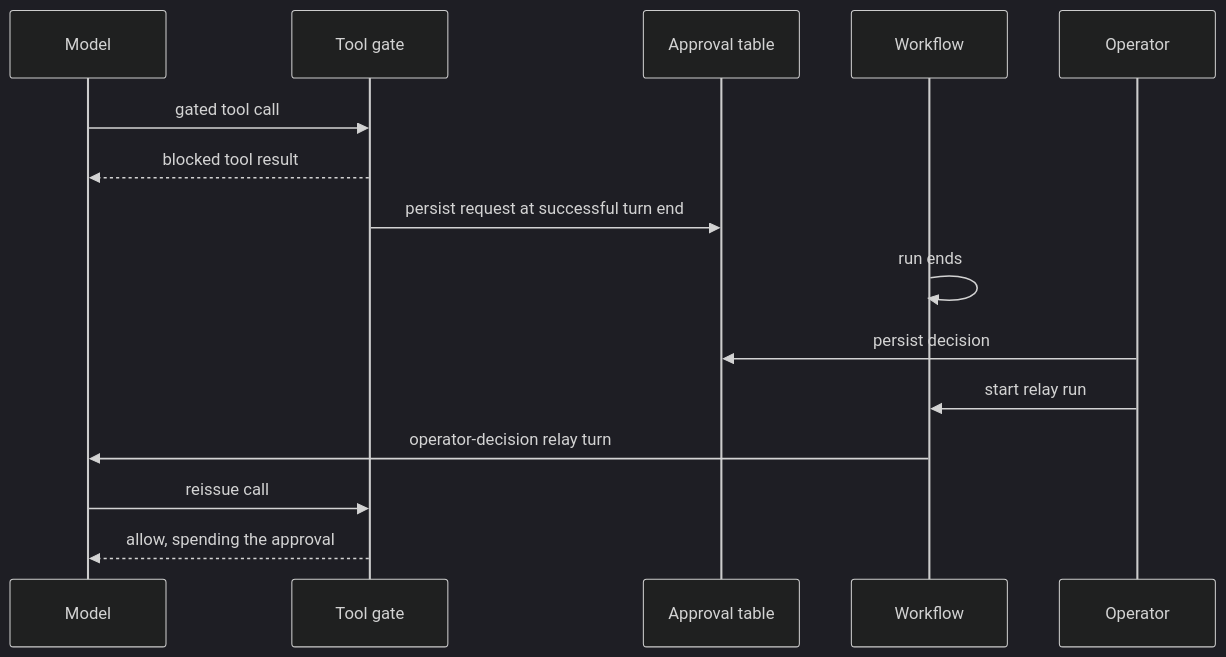
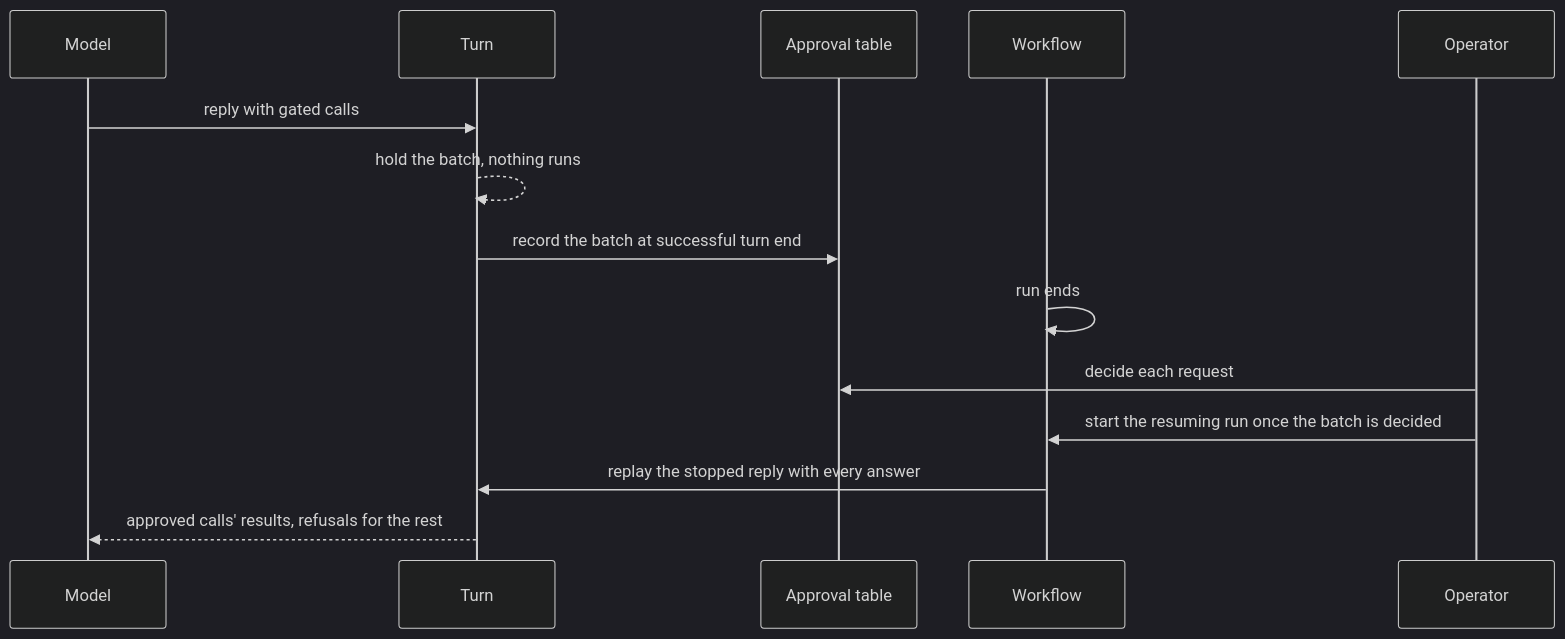
One commit to Chia1104/chia1104.dev changed the third of 3 diagrams in docs/agent-architecture.md. Above: the diagram before and after it, drawn with Mermaid (dark theme). The commit also changed other lines of this file and 43 other files, not shown here.

````diff
--- a/docs/agent-architecture.md
+++ b/docs/agent-architecture.md
@@ -191,18 +191,17 @@
 ```mermaid
 sequenceDiagram
     participant M as Model
-    participant G as Tool gate
+    participant T as Turn
     participant DB as Approval table
     participant WF as Workflow
     participant U as Operator
 
-    M->>G: gated tool call
-    G-->>M: blocked tool result
-    G->>DB: persist request at successful turn end
+    M->>T: reply with gated calls
+    T-->>T: hold the batch, nothing runs
+    T->>DB: record the batch at successful turn end
     WF->>WF: run ends
-    U->>DB: persist decision
-    U->>WF: start relay run
-    WF->>M: operator-decision relay turn
-    M->>G: reissue call
-    G-->>M: allow, spending the approval
+    U->>DB: decide each request
+    U->>WF: start the resuming run once the batch is decided
+    WF->>T: replay the stopped reply with every answer
+    T-->>M: approved calls' results, refusals for the rest
 ```
````
